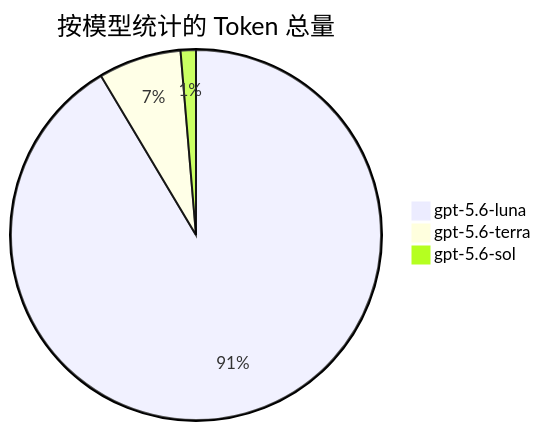
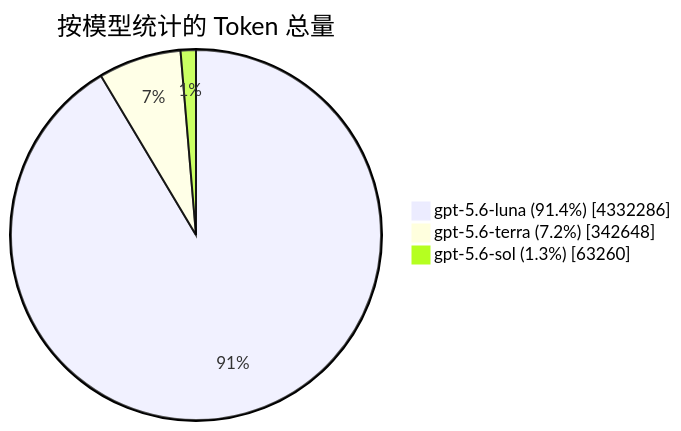
One commit to GhostXia/lean-dev-router changed the fourth of 4 diagrams in README.md. Above: the diagram before and after it, drawn with Mermaid. The commit also changed other lines of this file, not shown here.

````diff
--- a/README.md
+++ b/README.md
@@ -234,6 +372,6 @@
 ```mermaid
-pie title 按模型统计的 Token 总量
-    "gpt-5.6-luna" : 4332286
-    "gpt-5.6-terra" : 342648
-    "gpt-5.6-sol" : 63260
+pie showData title 按模型统计的 Token 总量
+    "gpt-5.6-luna (91.4%)" : 4332286
+    "gpt-5.6-terra (7.2%)" : 342648
+    "gpt-5.6-sol (1.3%)" : 63260
 ```
````
